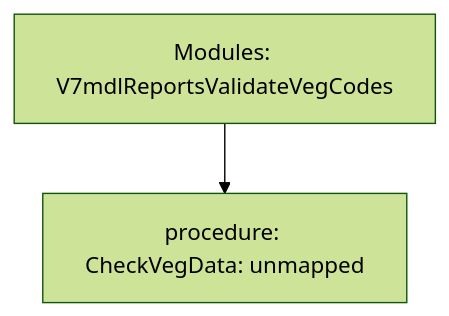
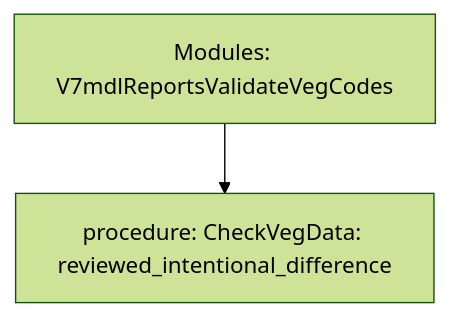
The diagram in data-raw/parity/generated/trees/modules-v7mdlreportsvalidatevegcodes.mmd (Boostao/vpro), drawn with Mermaid (forest theme) before and after one commit. The commit also changed 19 other files, not shown here.

Commit message:
Add project schema and vegetation validation

```diff
--- a/data-raw/parity/generated/trees/modules-v7mdlreportsvalidatevegcodes.mmd
+++ b/data-raw/parity/generated/trees/modules-v7mdlreportsvalidatevegcodes.mmd
@@ -1,3 +1,3 @@
 flowchart TD
   root[Modules: V7mdlReportsValidateVegCodes]
-  root --> n1[procedure: CheckVegData: unmapped]
+  root --> n1[procedure: CheckVegData: reviewed_intentional_difference]
```
